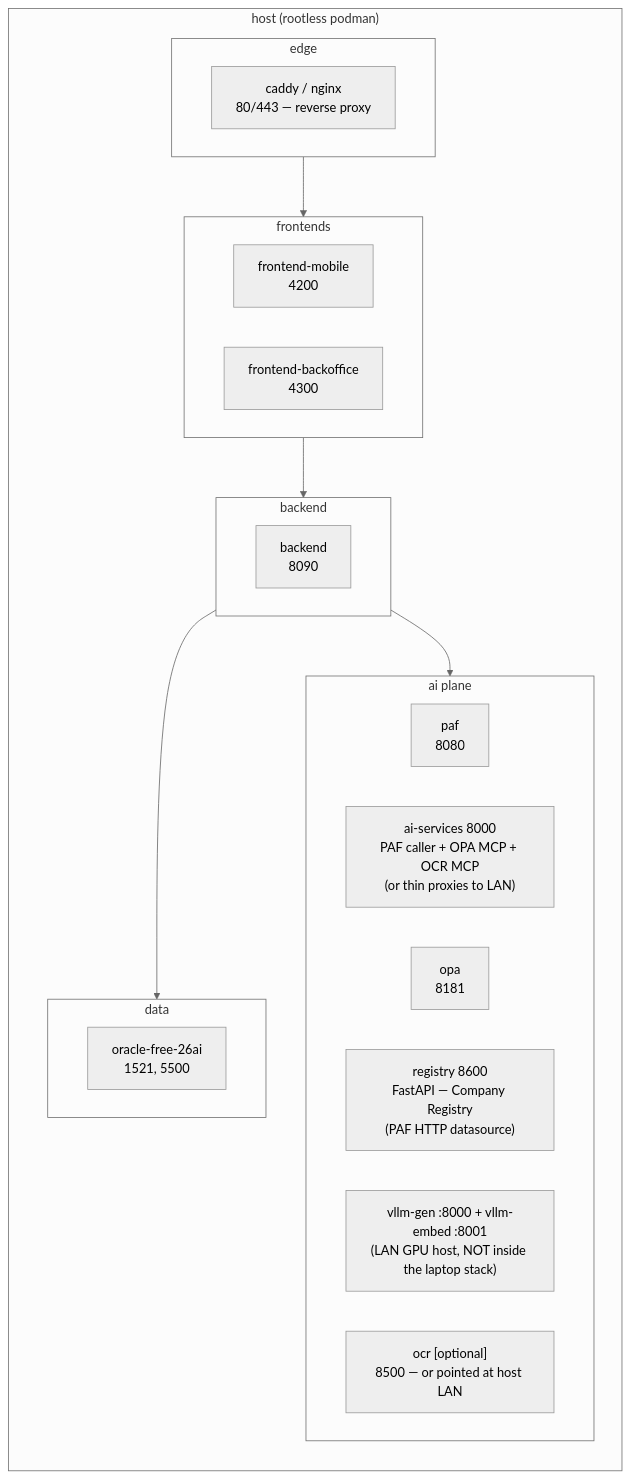
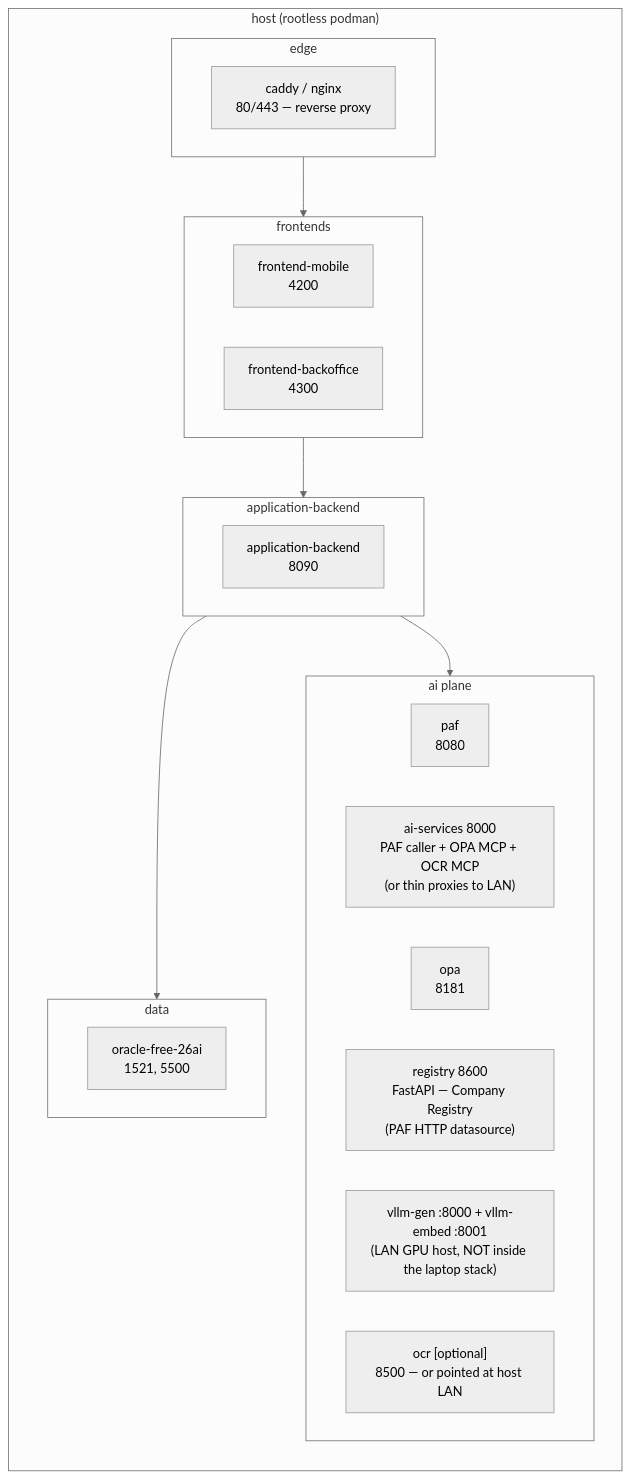
One commit to vmleon/oracle-database-private-agent-factory-poc changed the first of 2 diagrams in docs/DEPLOYMENT.md. Above: the diagram before and after it, drawn with Mermaid (neutral theme). The commit also changed other lines of this file and 59 other files, not shown here.

Commit message:
refactor: rename paf-backend to application-backend and drop Caddy

````diff
--- a/docs/DEPLOYMENT.md
+++ b/docs/DEPLOYMENT.md
@@ -58,31 +58,31 @@
 ```mermaid
 flowchart TB
     subgraph host["host (rootless podman)"]
         direction TB
         subgraph edge["edge"]
             proxy["caddy / nginx<br/>80/443 — reverse proxy"]
         end
         subgraph frontends["frontends"]
             mobile["frontend-mobile<br/>4200"]
             backoffice["frontend-backoffice<br/>4300"]
         end
-        subgraph backendgrp["backend"]
-            backend["backend<br/>8090"]
+        subgraph backendgrp["application-backend"]
+            backend["application-backend<br/>8090"]
         end
         subgraph aiplane["ai plane"]
             paf["paf<br/>8080"]
             ai["ai-services 8000<br/>PAF caller + OPA MCP + OCR MCP<br/>(or thin proxies to LAN)"]
             opa["opa<br/>8181"]
             registry["registry 8600<br/>FastAPI — Company Registry<br/>(PAF HTTP datasource)"]
             vllm["vllm-gen :8000 + vllm-embed :8001<br/>(LAN GPU host, NOT inside the laptop stack)"]
             ocr["ocr [optional]<br/>8500 — or pointed at host LAN"]
         end
         subgraph data["data"]
             oracle["oracle-free-26ai<br/>1521, 5500"]
         end
         edge --> frontends
         frontends --> backendgrp
         backendgrp --> aiplane
         backendgrp --> data
     end
 ```
````
